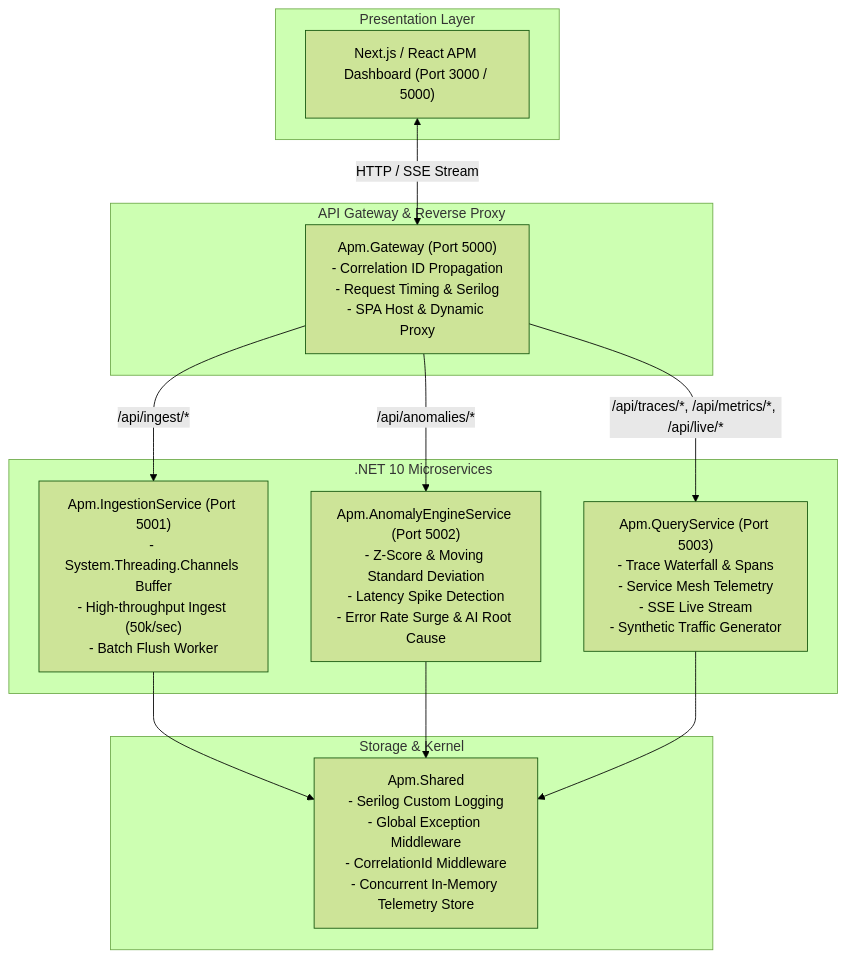
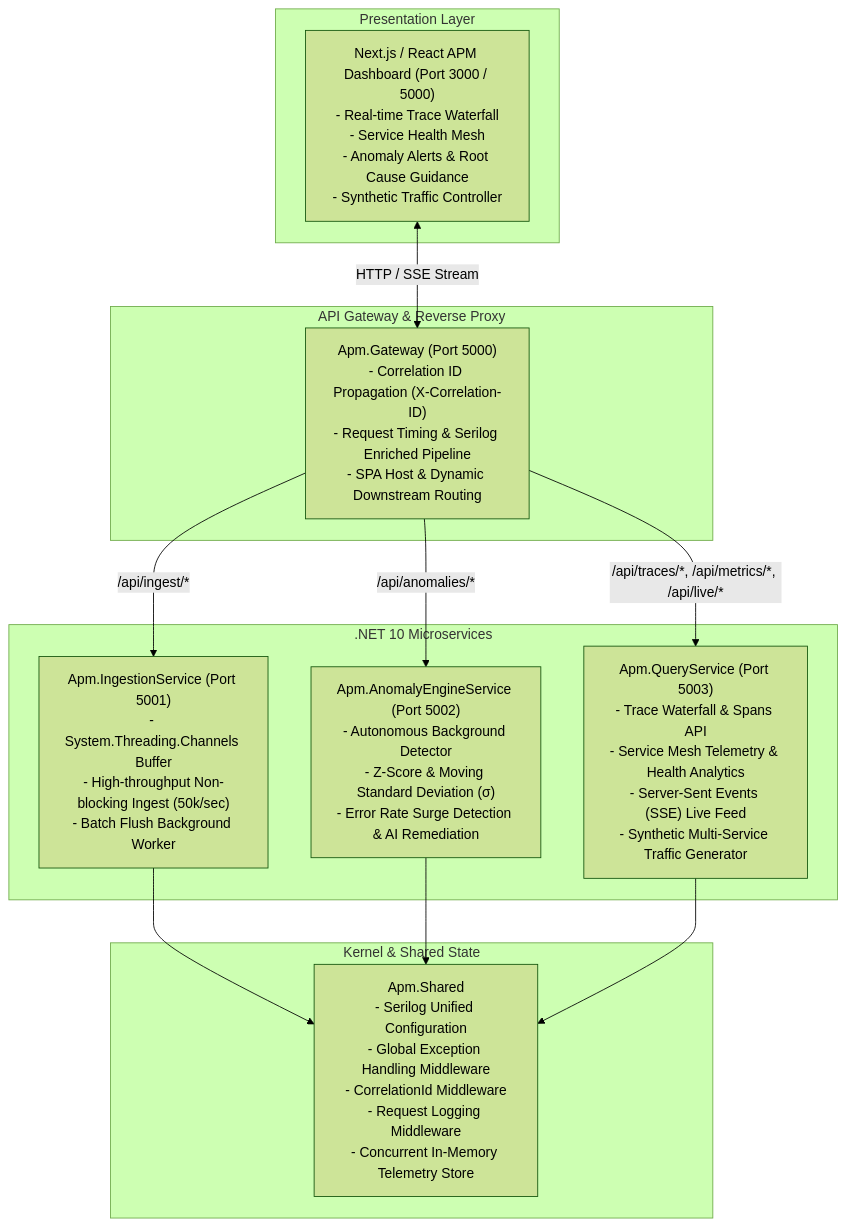
One commit to Nithish064/CloudPulse-APM changed the diagram in README.md. Above: the diagram before and after it, drawn with Mermaid (forest theme). The commit also changed other lines of this file and 3 other files, not shown here.

````diff
--- a/README.md
+++ b/README.md
@@ -11,29 +18,29 @@
 ```mermaid
 flowchart TD
     subgraph Frontend ["Presentation Layer"]
-        Dashboard["Next.js / React APM Dashboard (Port 3000 / 5000)"]
+        Dashboard["Next.js / React APM Dashboard (Port 3000 / 5000)\n- Real-time Trace Waterfall\n- Service Health Mesh\n- Anomaly Alerts & Root Cause Guidance\n- Synthetic Traffic Controller"]
     end
 
     subgraph GatewayLayer ["API Gateway & Reverse Proxy"]
-        Gateway["Apm.Gateway (Port 5000)\n- Correlation ID Propagation\n- Request Timing & Serilog\n- SPA Host & Dynamic Proxy"]
+        Gateway["Apm.Gateway (Port 5000)\n- Correlation ID Propagation (X-Correlation-ID)\n- Request Timing & Serilog Enriched Pipeline\n- SPA Host & Dynamic Downstream Routing"]
     end
 
     subgraph Microservices [".NET 10 Microservices"]
-        Ingestion["Apm.IngestionService (Port 5001)\n- System.Threading.Channels Buffer\n- High-throughput Ingest (50k/sec)\n- Batch Flush Worker"]
-        Anomaly["Apm.AnomalyEngineService (Port 5002)\n- Z-Score & Moving Standard Deviation\n- Latency Spike Detection\n- Error Rate Surge & AI Root Cause"]
-        Query["Apm.QueryService (Port 5003)\n- Trace Waterfall & Spans\n- Service Mesh Telemetry\n- SSE Live Stream\n- Synthetic Traffic Generator"]
+        Ingestion["Apm.IngestionService (Port 5001)\n- System.Threading.Channels Buffer\n- High-throughput Non-blocking Ingest (50k/sec)\n- Batch Flush Background Worker"]
+        Anomaly["Apm.AnomalyEngineService (Port 5002)\n- Autonomous Background Detector\n- Z-Score & Moving Standard Deviation (σ)\n- Error Rate Surge Detection & AI Remediation"]
+        Query["Apm.QueryService (Port 5003)\n- Trace Waterfall & Spans API\n- Service Mesh Telemetry & Health Analytics\n- Server-Sent Events (SSE) Live Feed\n- Synthetic Multi-Service Traffic Generator"]
     end
 
-    subgraph StorageLayer ["Storage & Kernel"]
-        Shared["Apm.Shared\n- Serilog Custom Logging\n- Global Exception Middleware\n- CorrelationId Middleware\n- Concurrent In-Memory Telemetry Store"]
+    subgraph StorageLayer ["Kernel & Shared State"]
+        Shared["Apm.Shared\n- Serilog Unified Configuration\n- Global Exception Handling Middleware\n- CorrelationId Middleware\n- Request Logging Middleware\n- Concurrent In-Memory Telemetry Store"]
     end
 
     Dashboard <-->|HTTP / SSE Stream| Gateway
     Gateway -->|/api/ingest/*| Ingestion
     Gateway -->|/api/anomalies/*| Anomaly
     Gateway -->|/api/traces/*, /api/metrics/*, /api/live/*| Query
 
     Ingestion --> Shared
     Anomaly --> Shared
     Query --> Shared
 ```
````
